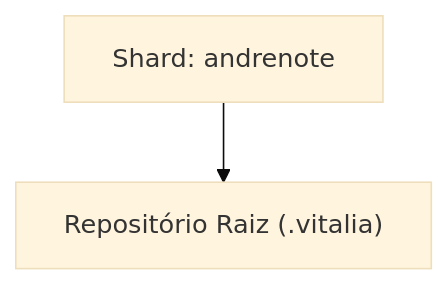
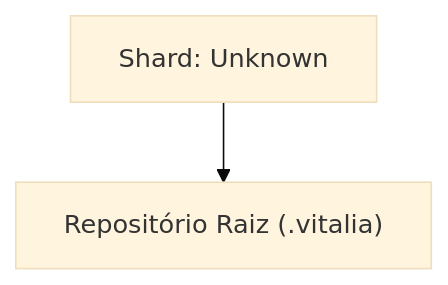
One commit to vitalia-platform/agente-local-context changed the diagram in DASHBOARD.md. Above: the diagram before and after it, drawn with Mermaid (base theme). The commit also changed other lines of this file and 8 other files, not shown here.

````diff
--- a/DASHBOARD.md
+++ b/DASHBOARD.md
@@ -25,5 +19,5 @@
 ```mermaid
 graph TD
   Raiz["Repositório Raiz (.vitalia)"]
-  7f367bd3["Shard: andrenote"] --> Raiz
+  Unknown["Shard: Unknown"] --> Raiz
 ```
````
